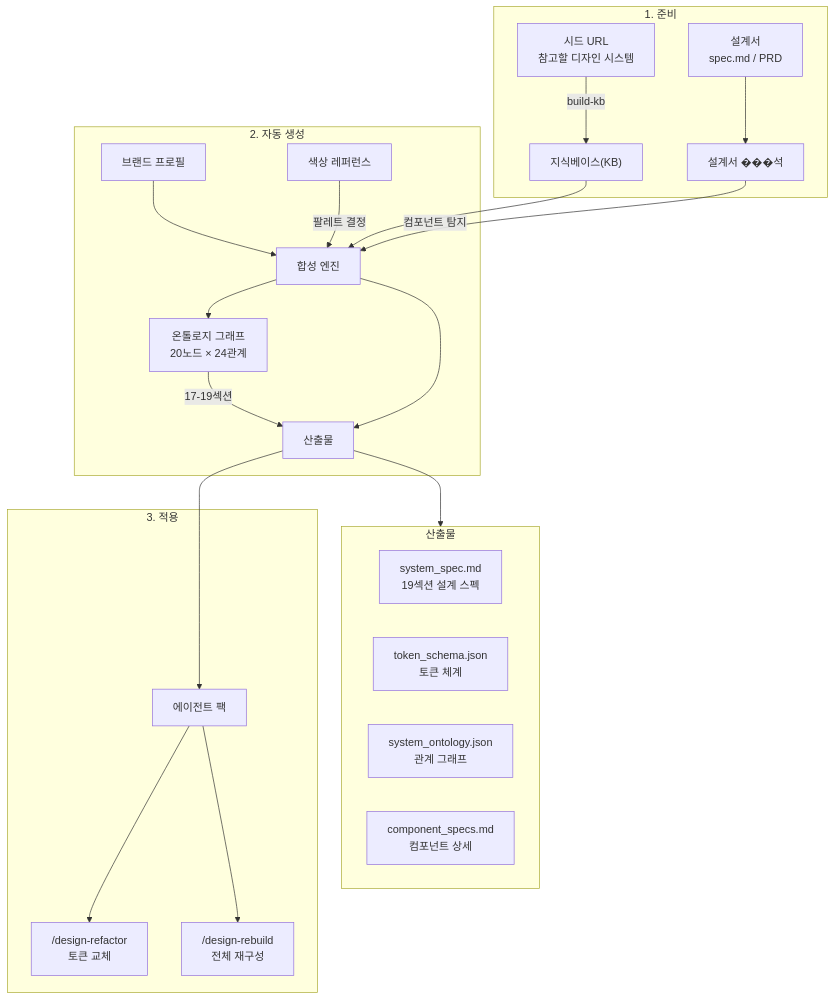
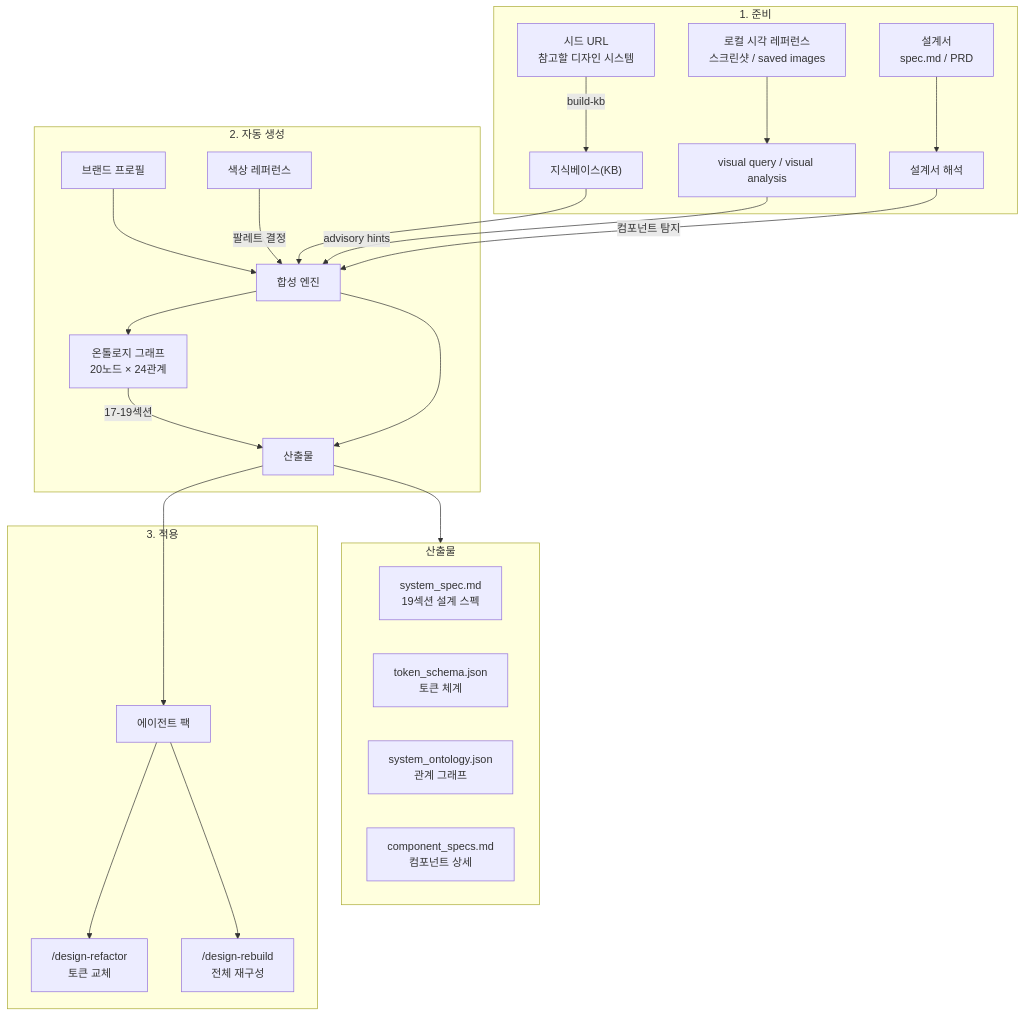
The first of 3 diagrams in README.md (2000silpeed/design-ontology-harness), drawn with Mermaid before and after one commit. The commit also changed other lines of this file and 20 other files, not shown here.

````diff
--- a/README.md
+++ b/README.md
@@ -14,32 +14,34 @@
 ```mermaid
 flowchart TB
     subgraph PREPARE["1. 준비"]
         SEED["시드 URL\n참고할 디자인 시스템"] -->|build-kb| KB["지식베이스(KB)"]
-        SPEC["설계서\nspec.md / PRD"] --> ANALYZE["설계서 ���석"]
+        VISUAL_REF["로컬 시각 레퍼런스\n스크린샷 / saved images"] --> VISUAL_PREP["visual query / visual analysis"]
+        SPEC["설계서\nspec.md / PRD"] --> ANALYZE["설계서 해석"]
     end
 
     subgraph GENERATE["2. 자동 생성"]
         KB --> SYNTH["합성 엔진"]
         BRAND["브랜드 프로필"] --> SYNTH
+        VISUAL_PREP -->|advisory hints| SYNTH
         ANALYZE -->|컴포넌트 탐지| SYNTH
         COLOR_REF["색상 레퍼런스"] -->|팔레트 결정| SYNTH
         SYNTH --> GRAPH["온톨로지 그래프\n20노드 × 24관계"]
         SYNTH --> OUTPUT["산출물"]
         GRAPH -->|17-19섹션| OUTPUT
     end
 
     subgraph OUTPUT_DETAIL["산출물"]
         SYS_SPEC["system_spec.md\n19섹션 설계 스펙"]
         TOKEN["token_schema.json\n토큰 체계"]
         ONTOLOGY["system_ontology.json\n관계 그래프"]
         COMP_SPEC["component_specs.md\n컴포넌트 상세"]
     end
 
     subgraph APPLY["3. 적용"]
         OUTPUT --> AGENT_PACK["에이전트 팩"]
         AGENT_PACK --> REFACTOR["/design-refactor\n토큰 교체"]
         AGENT_PACK --> REBUILD["/design-rebuild\n전체 재구성"]
     end
 
     OUTPUT --> OUTPUT_DETAIL
 ```
````
